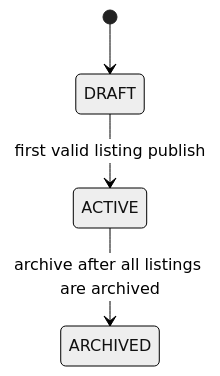
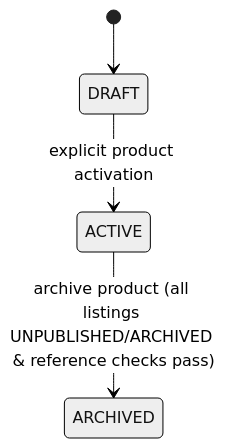
Before and after one commit to matjeroapps/core: the sixth of 10 diagrams in docs/plans/2026-09-16-seller-catalog-operations-integration.md, drawn with Mermaid (neutral theme). The commit also changed other lines of this file, not shown here.

Commit message:
docs(plan): update Phase B product and listing lifecycle and archival clarifications

````diff
--- a/docs/plans/2026-09-16-seller-catalog-operations-integration.md
+++ b/docs/plans/2026-09-16-seller-catalog-operations-integration.md
@@ -358,6 +358,6 @@
 ```mermaid
 stateDiagram-v2
     [*] --> DRAFT
-    DRAFT --> ACTIVE: first valid listing publish
-    ACTIVE --> ARCHIVED: archive after all listings are archived
+    DRAFT --> ACTIVE: explicit product activation
+    ACTIVE --> ARCHIVED: archive product (all listings UNPUBLISHED/ARCHIVED & reference checks pass)
 ```
````
